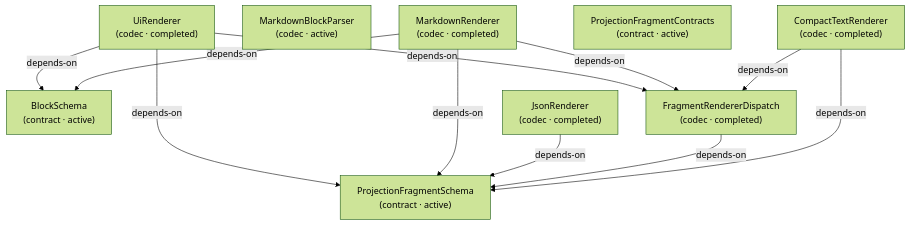
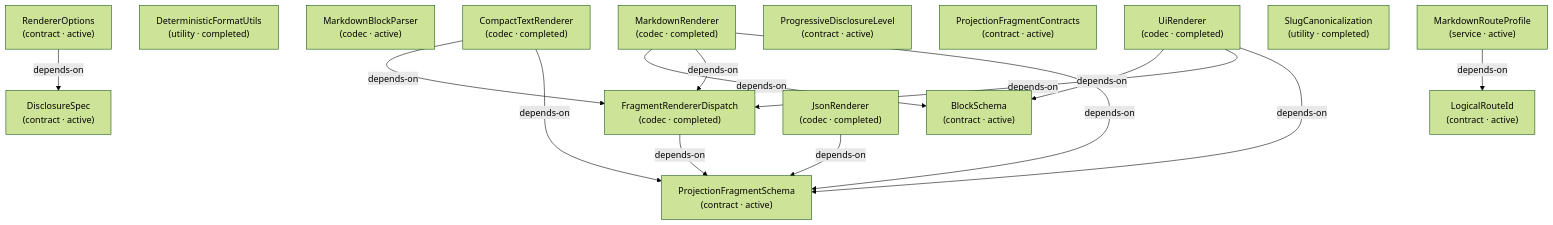
Before and after one commit to libar-dev/architect: diagram 20 of 25 in docs-live/DESIGN-REVIEW.md, drawn with Mermaid (forest theme). The commit also changed other lines of this file and 21 other files, not shown here.

First line of the commit message:
docs(live): regenerate docs-live from the reshaped graph

````diff
--- a/docs-live/DESIGN-REVIEW.md
+++ b/docs-live/DESIGN-REVIEW.md
@@ -423,22 +537,31 @@
 ```mermaid
 graph TD
   blockschema["BlockSchema<br/>(contract · active)"]
   compacttextrenderer["CompactTextRenderer<br/>(codec · completed)"]
+  deterministicformatutils["DeterministicFormatUtils<br/>(utility · completed)"]
+  disclosurespec["DisclosureSpec<br/>(contract · active)"]
   fragmentrendererdispatch["FragmentRendererDispatch<br/>(codec · completed)"]
   jsonrenderer["JsonRenderer<br/>(codec · completed)"]
+  logicalrouteid["LogicalRouteId<br/>(contract · active)"]
   markdownblockparser["MarkdownBlockParser<br/>(codec · active)"]
   markdownrenderer["MarkdownRenderer<br/>(codec · completed)"]
+  markdownrouteprofile["MarkdownRouteProfile<br/>(service · active)"]
+  progressivedisclosurelevel["ProgressiveDisclosureLevel<br/>(contract · active)"]
   projectionfragmentcontracts["ProjectionFragmentContracts<br/>(contract · active)"]
   projectionfragmentschema["ProjectionFragmentSchema<br/>(contract · active)"]
+  rendereroptions["RendererOptions<br/>(contract · active)"]
+  slugcanonicalization["SlugCanonicalization<br/>(utility · completed)"]
   uirenderer["UiRenderer<br/>(codec · completed)"]
   compacttextrenderer -->|depends-on| fragmentrendererdispatch
   compacttextrenderer -->|depends-on| projectionfragmentschema
   fragmentrendererdispatch -->|depends-on| projectionfragmentschema
   jsonrenderer -->|depends-on| projectionfragmentschema
   markdownrenderer -->|depends-on| blockschema
   markdownrenderer -->|depends-on| fragmentrendererdispatch
   markdownrenderer -->|depends-on| projectionfragmentschema
+  markdownrouteprofile -->|depends-on| logicalrouteid
+  rendereroptions -->|depends-on| disclosurespec
   uirenderer -->|depends-on| blockschema
   uirenderer -->|depends-on| fragmentrendererdispatch
   uirenderer -->|depends-on| projectionfragmentschema
 ```
````
